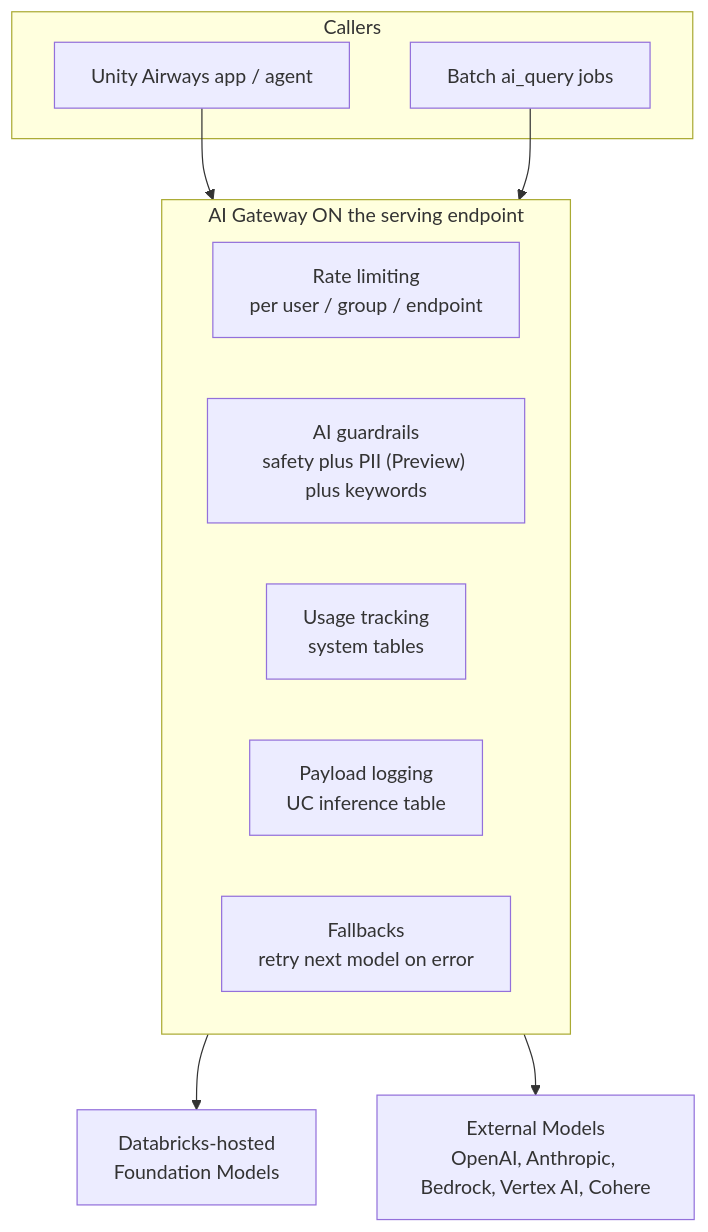
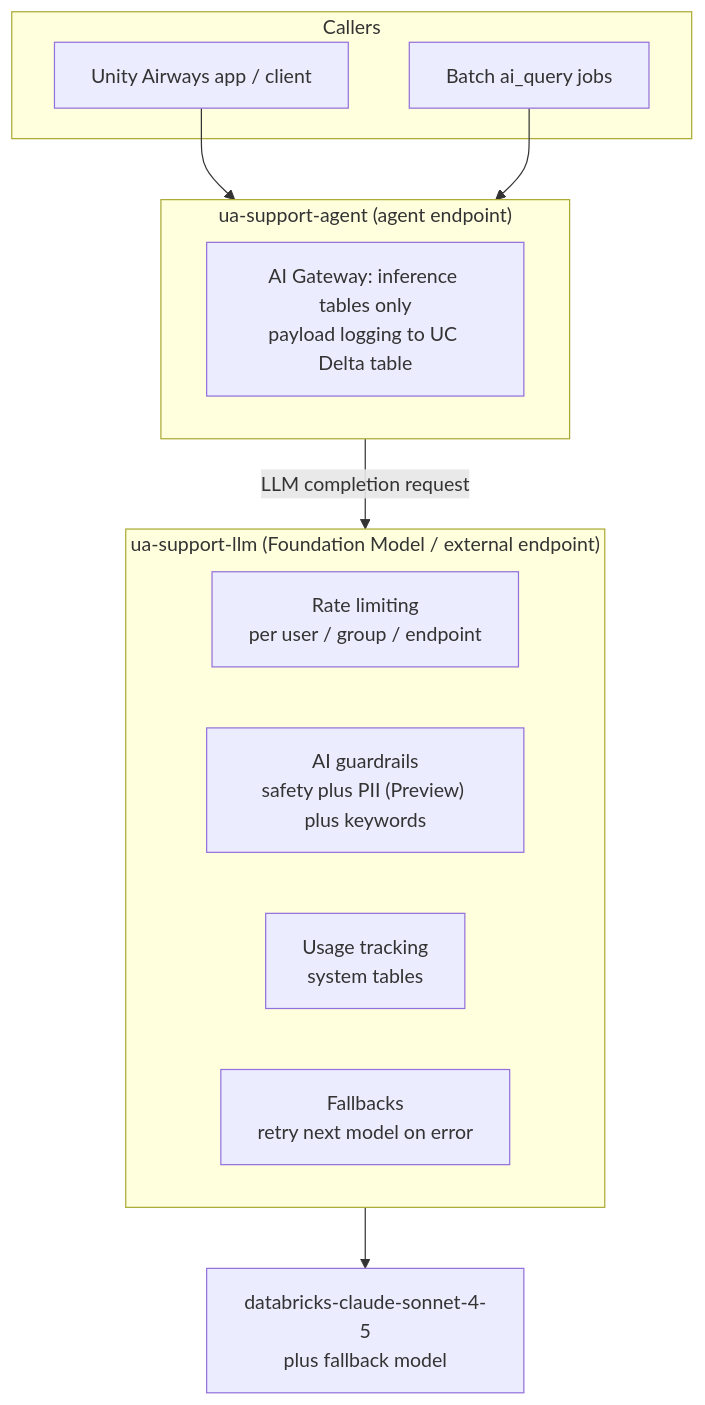
The first of 2 diagrams in modules/11-deployment-serving/ai-gateway.md (Sourav692/9.-Databricks-Generative-AI_-End-to-End), drawn with Mermaid before and after one commit. The commit also changed other lines of this file and 34 other files, not shown here.

````diff
--- a/modules/11-deployment-serving/ai-gateway.md
+++ b/modules/11-deployment-serving/ai-gateway.md
@@ -53,18 +55,20 @@
 ```mermaid
 flowchart TB
   subgraph CALLERS["Callers"]
-    app["Unity Airways app / agent"]
+    app["Unity Airways app / client"]
     batch["Batch ai_query jobs"]
   end
-  app --> GW
-  batch --> GW
-  subgraph GW["AI Gateway ON the serving endpoint"]
+  app --> AGENT
+  batch --> AGENT
+  subgraph AGENT["ua-support-agent (agent endpoint)"]
+    it["AI Gateway: inference tables only<br/>payload logging to UC Delta table"]
+  end
+  subgraph LLM["ua-support-llm (Foundation Model / external endpoint)"]
     rl["Rate limiting<br/>per user / group / endpoint"]
     gr["AI guardrails<br/>safety plus PII (Preview) plus keywords"]
     ut["Usage tracking<br/>system tables"]
-    pl["Payload logging<br/>UC inference table"]
     fb["Fallbacks<br/>retry next model on error"]
   end
-  GW --> FM["Databricks-hosted<br/>Foundation Models"]
-  GW --> EXT["External Models<br/>OpenAI, Anthropic, Bedrock, Vertex AI, Cohere"]
+  AGENT -->|"LLM completion request"| LLM
+  LLM --> MODEL["databricks-claude-sonnet-4-5<br/>plus fallback model"]
 ```
````
